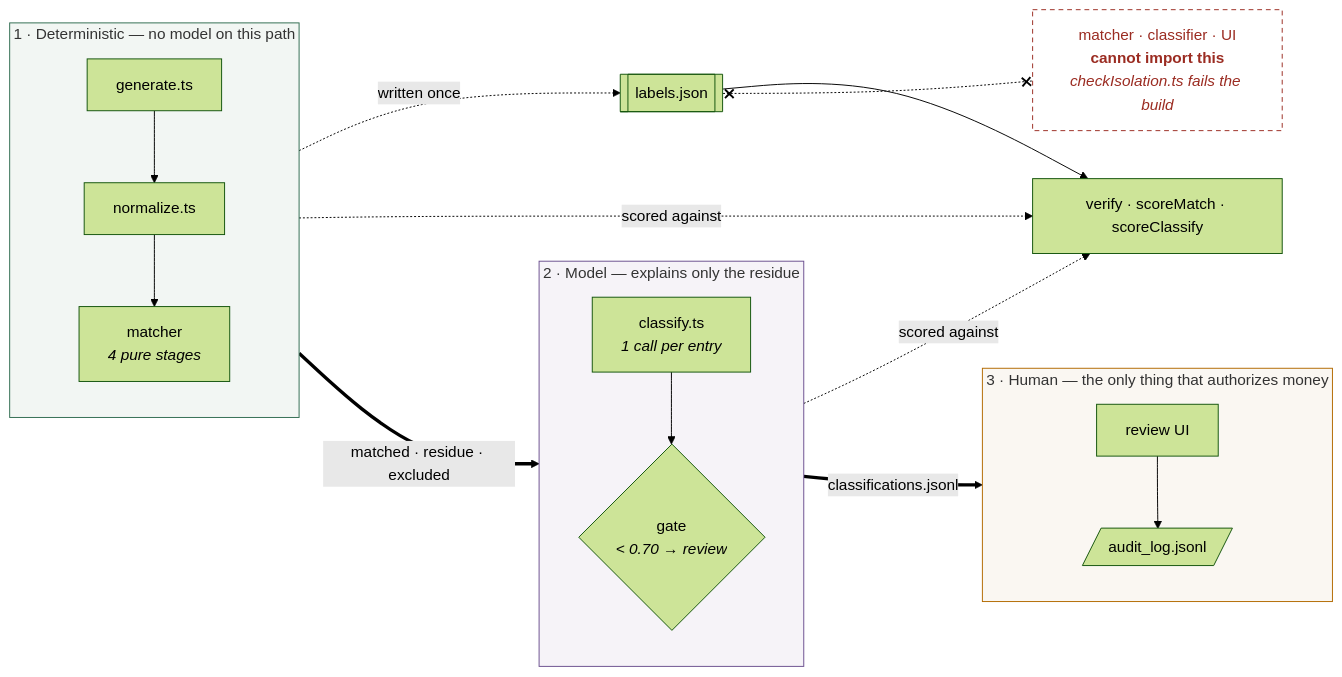
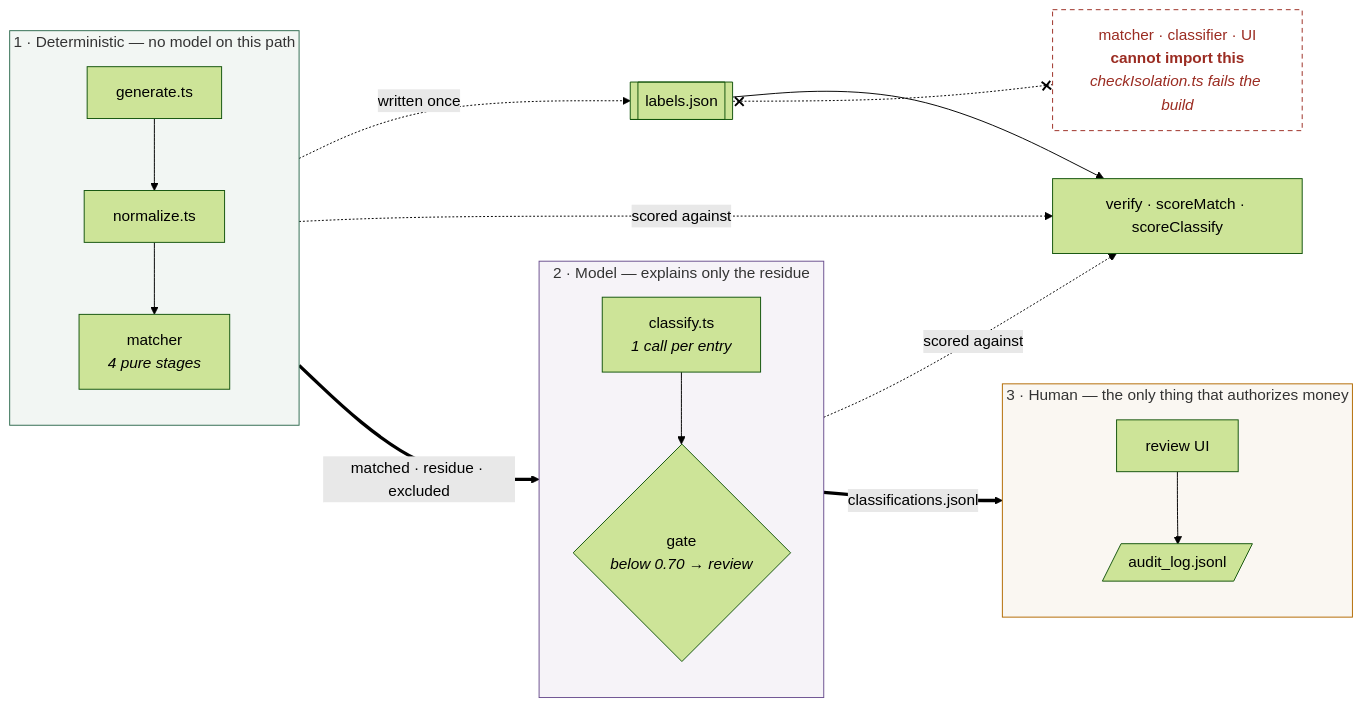
One commit to varnikapv/recoloop changed the second of 4 diagrams in ARCHITECTURE.md. Above: the diagram before and after it, drawn with Mermaid (forest theme). The commit also changed 1 other file, not shown here.

Commit message:
Fix mermaid render failure in the README pipeline diagram
GitHub decodes HTML entities before mermaid parses the block, so the
&quot; entities inside the normalise node became real quotes and terminated
the label early:

  Parse error on line 9:
  ...s,<br/>"1,24,530.00" -> paise, UTR from f...

The diagram failed to render on the public repo. Quotes dropped from the
label, and &lt; replaced with the word "below" in both gate nodes so no
diagram depends on entity handling.

My earlier validation parsed the raw source rather than the decoded source,
which is why it passed locally and failed on GitHub; the check now unescapes
entities first, and was confirmed to reject the original node.

````diff
--- a/ARCHITECTURE.md
+++ b/ARCHITECTURE.md
@@ -43,28 +43,28 @@
 ```mermaid
 flowchart LR
   subgraph DET["1 · Deterministic — no model on this path"]
     direction TB
     GEN["generate.ts"] --> NORM["normalize.ts"] --> MATCH["matcher<br/><i>4 pure stages</i>"]
   end
   subgraph AI["2 · Model — explains only the residue"]
     direction TB
-    CLS["classify.ts<br/><i>1 call per entry</i>"] --> GATE{"gate<br/><i>&lt; 0.70 → review</i>"}
+    CLS["classify.ts<br/><i>1 call per entry</i>"] --> GATE{"gate<br/><i>below 0.70 → review</i>"}
   end
   subgraph HUM["3 · Human — the only thing that authorizes money"]
     direction TB
     UI["review UI"] --> AUDIT[/"audit_log.jsonl"/]
   end
   L[["labels.json"]] --> SC["verify · scoreMatch · scoreClassify"]
   MATCH ==>|"matched · residue · excluded"| CLS
   GATE ==>|"classifications.jsonl"| UI
   GEN -.->|"written once"| L
   MATCH -.->|"scored against"| SC
   GATE -.->|"scored against"| SC
   L x-.-x BLOCKED["matcher · classifier · UI<br/><b>cannot import this</b><br/><i>checkIsolation.ts fails the build</i>"]
 
   classDef blocked fill:#fff,stroke:#9b2c22,stroke-dasharray:5 4,color:#9b2c22;
   class BLOCKED blocked;
   style DET fill:#f2f6f3,stroke:#2f6b4f
   style AI fill:#f6f3f8,stroke:#6b4f8f
   style HUM fill:#faf7f2,stroke:#b26a00
 ```
````
